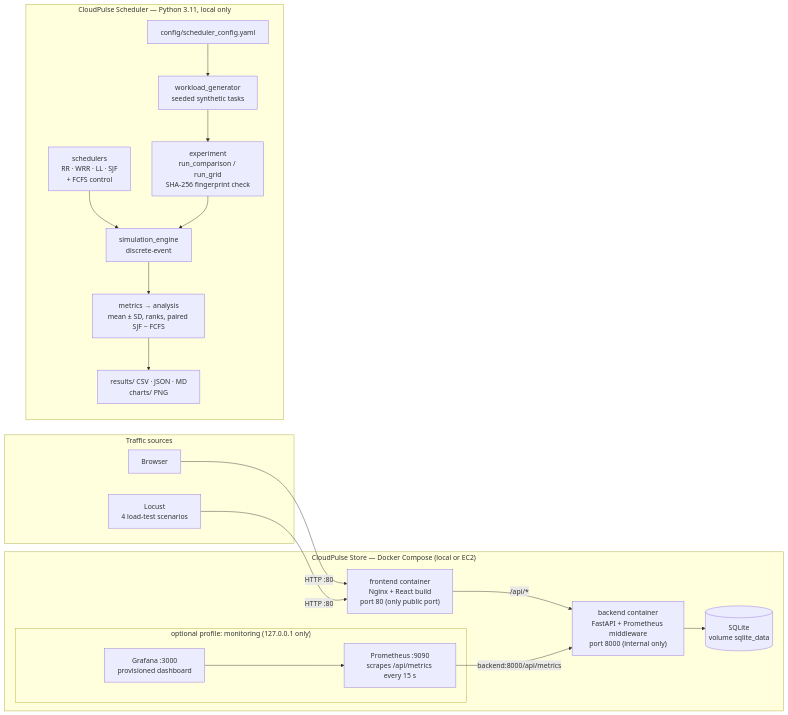
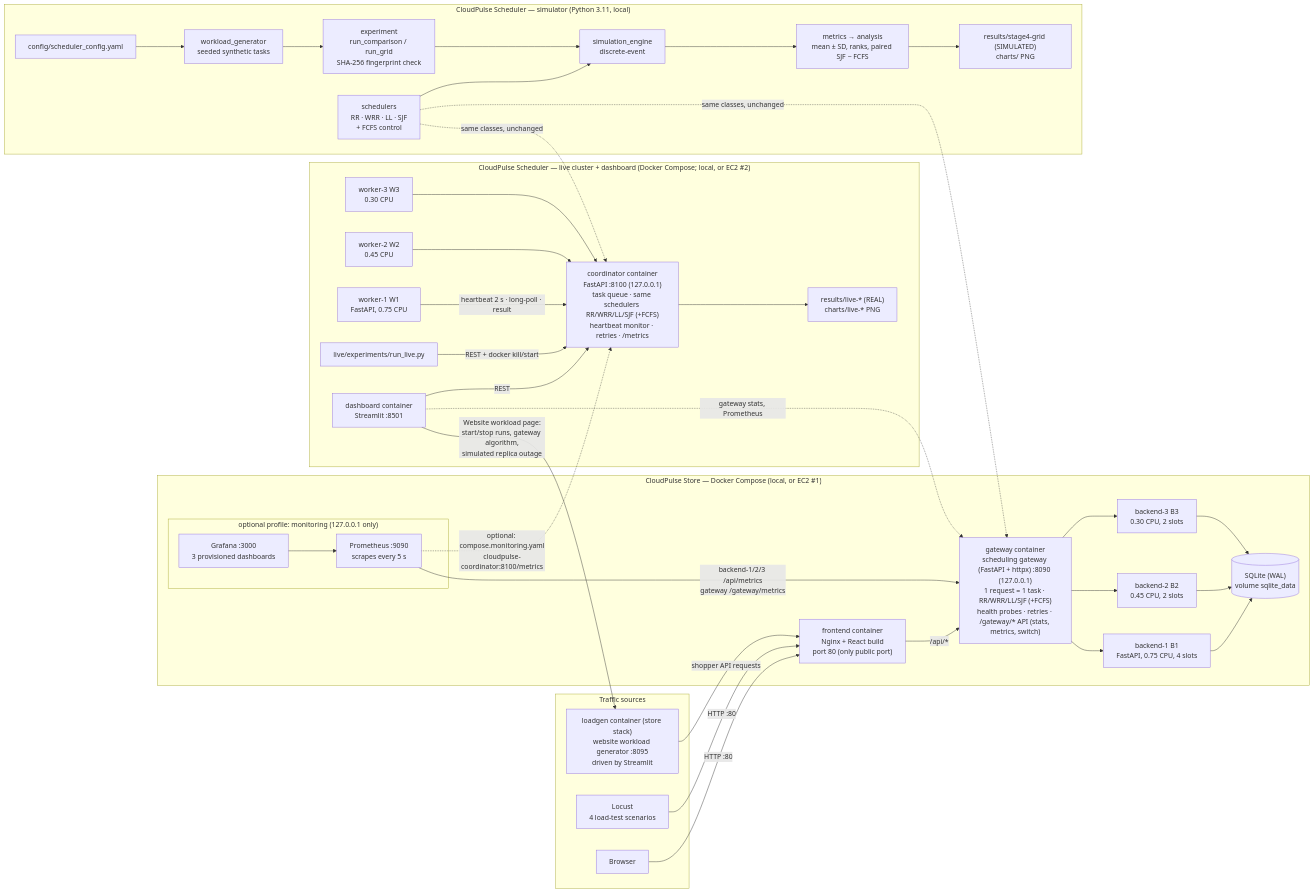
One commit to mohana9985/CloudPulse changed the diagram in README.md. Above: the diagram before and after it, drawn with Mermaid. The commit also changed other lines of this file and 43 other files, not shown here.

First line of the commit message:
docs: update every README for the two-EC2 deployment, .env-only config and Windows

````diff
--- a/README.md
+++ b/README.md
@@ -93,33 +100,57 @@
 ```mermaid
 flowchart LR
     subgraph CLIENTS["Traffic sources"]
         BR["Browser"]
         LOC["Locust<br/>4 load-test scenarios"]
+        LG["loadgen container (store stack)<br/>website workload generator :8095<br/>driven by Streamlit"]
     end
 
-    subgraph STORE["CloudPulse Store — Docker Compose (local or EC2)"]
+    subgraph STORE["CloudPulse Store — Docker Compose (local, or EC2 #1)"]
         NGX["frontend container<br/>Nginx + React build<br/>port 80 (only public port)"]
-        API["backend container<br/>FastAPI + Prometheus middleware<br/>port 8000 (internal only)"]
-        DB[("SQLite<br/>volume sqlite_data")]
+        GW["gateway container<br/>scheduling gateway (FastAPI + httpx) :8090 (127.0.0.1)<br/>1 request = 1 task · RR/WRR/LL/SJF (+FCFS)<br/>health probes · retries · /gateway/* API (stats, metrics, switch)"]
+        API1["backend-1 B1<br/>FastAPI, 0.75 CPU, 4 slots"]
+        API2["backend-2 B2<br/>0.45 CPU, 2 slots"]
+        API3["backend-3 B3<br/>0.30 CPU, 2 slots"]
+        DB[("SQLite (WAL)<br/>volume sqlite_data")]
         subgraph MON["optional profile: monitoring (127.0.0.1 only)"]
-            PROM["Prometheus :9090<br/>scrapes /api/metrics every 15 s"]
-            GRAF["Grafana :3000<br/>provisioned dashboard"]
+            PROM["Prometheus :9090<br/>scrapes every 5 s"]
+            GRAF["Grafana :3000<br/>3 provisioned dashboards"]
         end
-        NGX -- "/api/*" --> API
-        API --> DB
-        PROM -- "backend:8000/api/metrics" --> API
+        NGX -- "/api/*" --> GW
+        GW --> API1
+        GW --> API2
+        GW --> API3
+        API1 --> DB
+        API2 --> DB
+        API3 --> DB
+        PROM -- "backend-1/2/3 /api/metrics<br/>gateway /gateway/metrics" --> GW
         GRAF --> PROM
     end
 
-    subgraph SCHED["CloudPulse Scheduler — Python 3.11, local only"]
+    subgraph SCHED["CloudPulse Scheduler — simulator (Python 3.11, local)"]
         CFG["config/scheduler_config.yaml"] --> GEN["workload_generator<br/>seeded synthetic tasks"]
         GEN --> EXP["experiment<br/>run_comparison / run_grid<br/>SHA-256 fingerprint check"]
         ALG["schedulers<br/>RR · WRR · LL · SJF<br/>+ FCFS control"] --> ENG["simulation_engine<br/>discrete-event"]
         EXP --> ENG
         ENG --> MET["metrics → analysis<br/>mean ± SD, ranks, paired SJF − FCFS"]
-        MET --> OUT["results/ CSV · JSON · MD<br/>charts/ PNG"]
+        MET --> OUT["results/stage4-grid (SIMULATED)<br/>charts/ PNG"]
     end
 
+    subgraph LIVE["CloudPulse Scheduler — live cluster + dashboard (Docker Compose; local, or EC2 #2)"]
+        DASH["dashboard container<br/>Streamlit :8501"] -- "REST" --> COORD["coordinator container<br/>FastAPI :8100 (127.0.0.1)<br/>task queue · same schedulers RR/WRR/LL/SJF (+FCFS)<br/>heartbeat monitor · retries · /metrics"]
+        RUN["live/experiments/run_live.py"] -- "REST + docker kill/start" --> COORD
+        W1["worker-1 W1<br/>FastAPI, 0.75 CPU"] -- "heartbeat 2 s · long-poll · result" --> COORD
+        W2["worker-2 W2<br/>0.45 CPU"] --> COORD
+        W3["worker-3 W3<br/>0.30 CPU"] --> COORD
+        COORD --> LOUT["results/live-* (REAL)<br/>charts/live-* PNG"]
+    end
+
+    ALG -. "same classes, unchanged" .-> COORD
+    ALG -. "same classes, unchanged" .-> GW
+    PROM -. "optional: compose.monitoring.yaml<br/>cloudpulse-coordinator:8100/metrics" .-> COORD
     BR -- "HTTP :80" --> NGX
     LOC -- "HTTP :80" --> NGX
+    LG -- "shopper API requests" --> NGX
+    DASH -- "Website workload page:<br/>start/stop runs, gateway algorithm,<br/>simulated replica outage" --> LG
+    DASH -. "gateway stats, Prometheus" .-> GW
 ```
````
